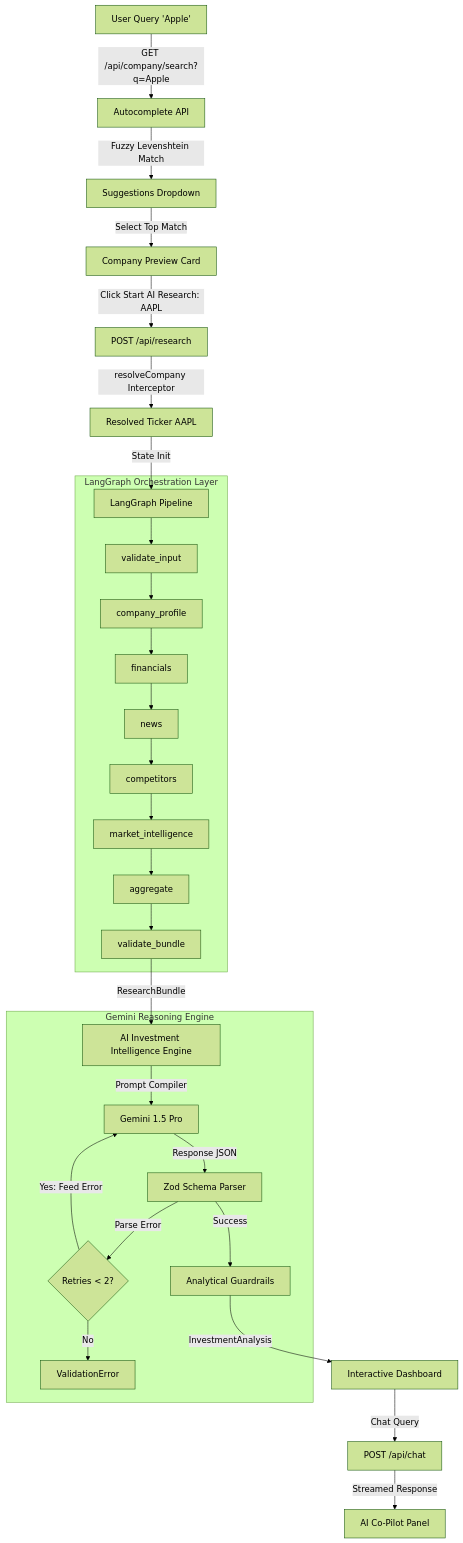
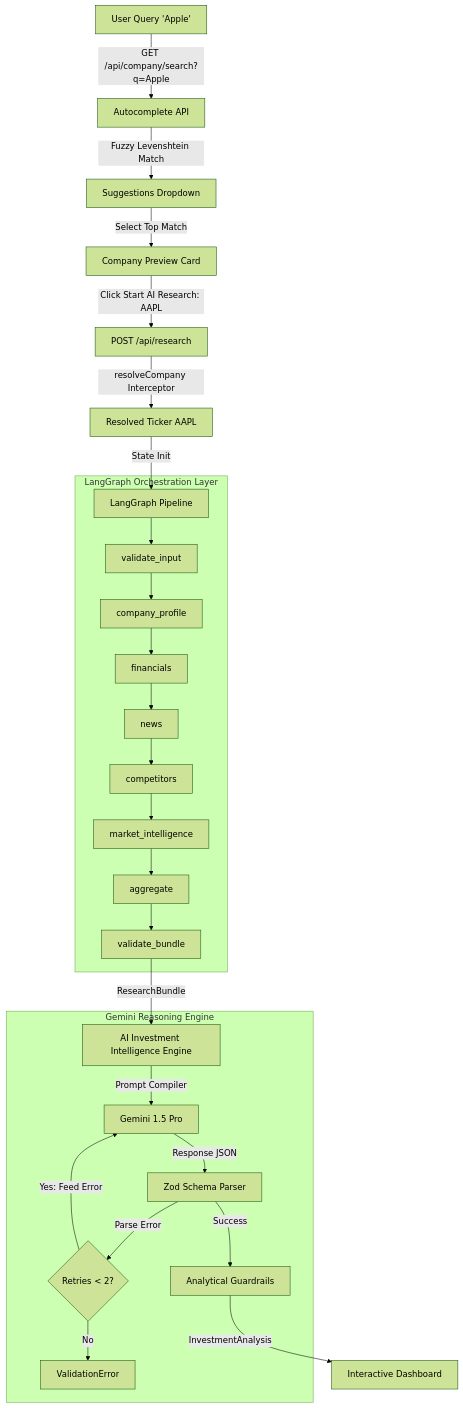
Before and after one commit to Harshsaini555/InvestIQ: the diagram in README.md, drawn with Mermaid (forest theme). The commit also changed other lines of this file and 25 other files, not shown here.

````diff
--- a/README.md
+++ b/README.md
@@ -39,35 +70,33 @@
 ```mermaid
 graph TD
     A[User Query 'Apple'] -->|GET /api/company/search?q=Apple| B[Autocomplete API]
     B -->|Fuzzy Levenshtein Match| C[Suggestions Dropdown]
     C -->|Select Top Match| D[Company Preview Card]
     D -->|Click Start AI Research: AAPL| E[POST /api/research]
     E -->|resolveCompany Interceptor| F[Resolved Ticker AAPL]
     F -->|State Init| G[LangGraph Pipeline]
 
     subgraph LangGraph Orchestration Layer
         G --> H[validate_input]
         H --> I[company_profile]
         I --> J[financials]
         J --> K[news]
         K --> L[competitors]
         L --> M[market_intelligence]
         M --> N[aggregate]
         N --> O[validate_bundle]
     end
 
     O -->|ResearchBundle| P[AI Investment Intelligence Engine]
 
     subgraph Gemini Reasoning Engine
         P -->|Prompt Compiler| Q[Gemini 1.5 Pro]
         Q -->|Response JSON| R[Zod Schema Parser]
         R -->|Parse Error| S{Retries < 2?}
         S -->|Yes: Feed Error| Q
         S -->|No| T[ValidationError]
         R -->|Success| U[Analytical Guardrails]
     end
 
     U -->|InvestmentAnalysis| V[Interactive Dashboard]
-    V -->|Chat Query| W[POST /api/chat]
-    W -->|Streamed Response| X[AI Co-Pilot Panel]
 ```
````
